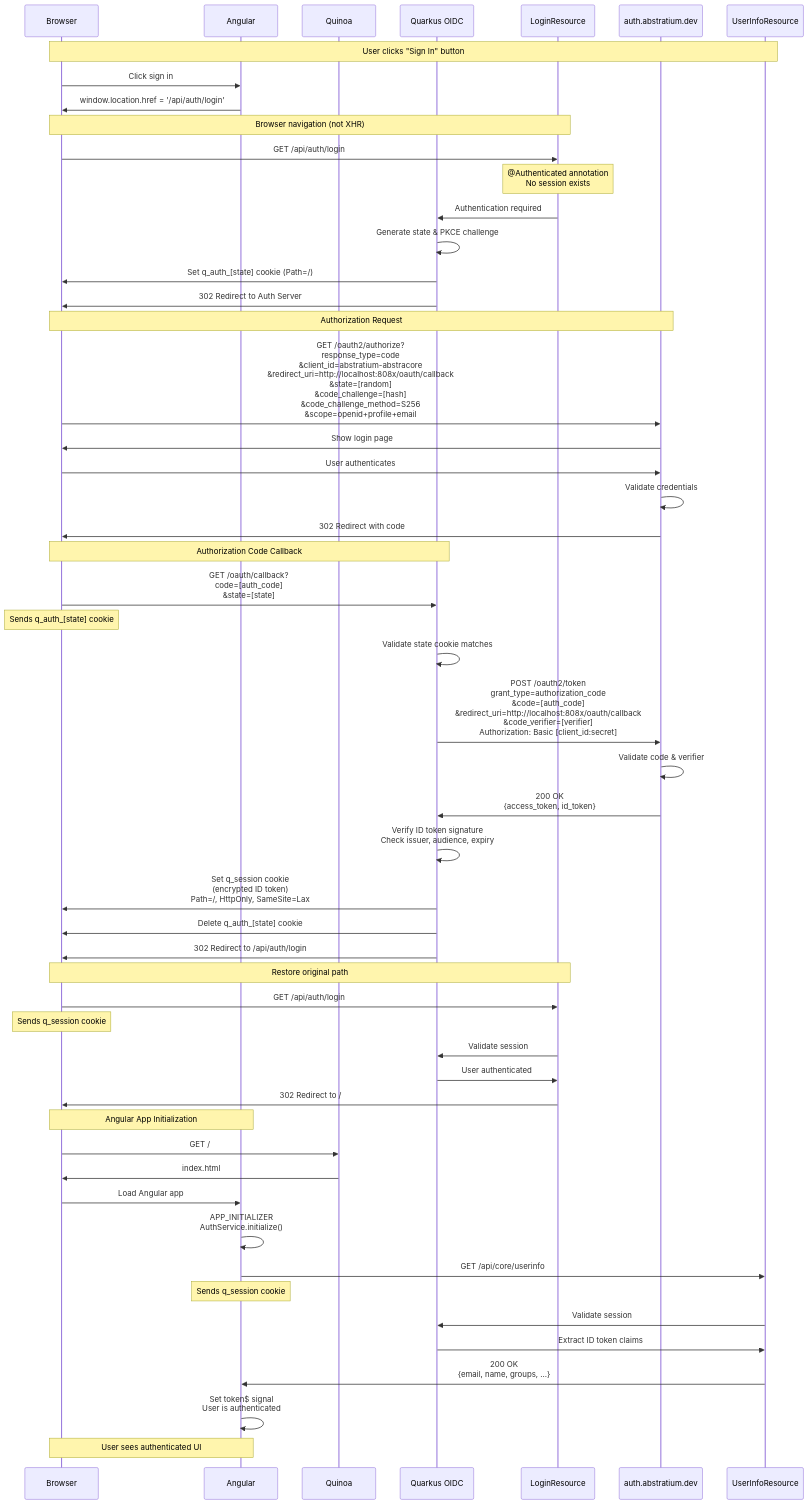
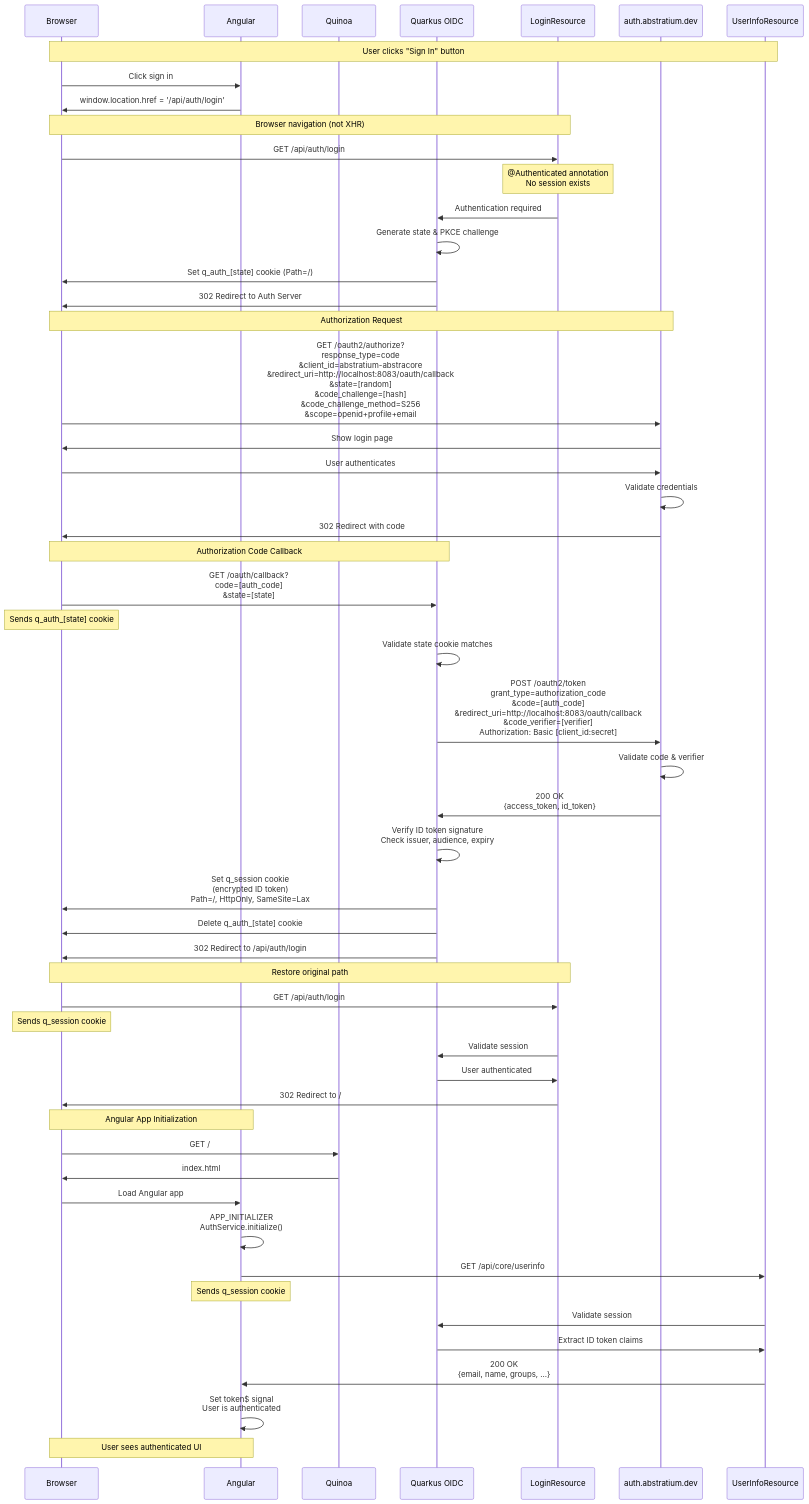
Before and after one commit to abstratium-dev/abstraccount: the second of 6 diagrams in docs/AUTHENTICATION_FLOW.md, drawn with Mermaid. The commit also changed other lines of this file and 33 other files, not shown here.

````diff
--- a/docs/AUTHENTICATION_FLOW.md
+++ b/docs/AUTHENTICATION_FLOW.md
@@ -86,68 +86,68 @@
 ```mermaid
 sequenceDiagram
     participant Browser
     participant Angular
     participant Quinoa
     participant OIDC as Quarkus OIDC
     participant Login as LoginResource
     participant Auth as auth.abstratium.dev
     participant UserInfo as UserInfoResource
 
     Note over Browser,UserInfo: User clicks "Sign In" button
     
     Browser->>Angular: Click sign in
     Angular->>Browser: window.location.href = '/api/auth/login'
     
     Note over Browser,Login: Browser navigation (not XHR)
     Browser->>Login: GET /api/auth/login
     Note over Login: @Authenticated annotation<br/>No session exists
     
     Login->>OIDC: Authentication required
     OIDC->>OIDC: Generate state & PKCE challenge
     OIDC->>Browser: Set q_auth_[state] cookie (Path=/)
     OIDC->>Browser: 302 Redirect to Auth Server
     
     Note over Browser,Auth: Authorization Request
-    Browser->>Auth: GET /oauth2/authorize?<br/>response_type=code<br/>&client_id=abstratium-abstracore<br/>&redirect_uri=http://localhost:808x/oauth/callback<br/>&state=[random]<br/>&code_challenge=[hash]<br/>&code_challenge_method=S256<br/>&scope=openid+profile+email
+    Browser->>Auth: GET /oauth2/authorize?<br/>response_type=code<br/>&client_id=abstratium-abstracore<br/>&redirect_uri=http://localhost:8083/oauth/callback<br/>&state=[random]<br/>&code_challenge=[hash]<br/>&code_challenge_method=S256<br/>&scope=openid+profile+email
     
     Auth->>Browser: Show login page
     Browser->>Auth: User authenticates
     Auth->>Auth: Validate credentials
     Auth->>Browser: 302 Redirect with code
     
     Note over Browser,OIDC: Authorization Code Callback
     Browser->>OIDC: GET /oauth/callback?<br/>code=[auth_code]<br/>&state=[state]
     Note over Browser: Sends q_auth_[state] cookie
     
     OIDC->>OIDC: Validate state cookie matches
-    OIDC->>Auth: POST /oauth2/token<br/>grant_type=authorization_code<br/>&code=[auth_code]<br/>&redirect_uri=http://localhost:808x/oauth/callback<br/>&code_verifier=[verifier]<br/>Authorization: Basic [client_id:secret]
+    OIDC->>Auth: POST /oauth2/token<br/>grant_type=authorization_code<br/>&code=[auth_code]<br/>&redirect_uri=http://localhost:8083/oauth/callback<br/>&code_verifier=[verifier]<br/>Authorization: Basic [client_id:secret]
     
     Auth->>Auth: Validate code & verifier
     Auth->>OIDC: 200 OK<br/>{access_token, id_token}
     
     OIDC->>OIDC: Verify ID token signature<br/>Check issuer, audience, expiry
     OIDC->>Browser: Set q_session cookie<br/>(encrypted ID token)<br/>Path=/, HttpOnly, SameSite=Lax
     OIDC->>Browser: Delete q_auth_[state] cookie
     OIDC->>Browser: 302 Redirect to /api/auth/login
     
     Note over Browser,Login: Restore original path
     Browser->>Login: GET /api/auth/login
     Note over Browser: Sends q_session cookie
     Login->>OIDC: Validate session
     OIDC->>Login: User authenticated
     Login->>Browser: 302 Redirect to /
     
     Note over Browser,Angular: Angular App Initialization
     Browser->>Quinoa: GET /
     Quinoa->>Browser: index.html
     Browser->>Angular: Load Angular app
     Angular->>Angular: APP_INITIALIZER<br/>AuthService.initialize()
     Angular->>UserInfo: GET /api/core/userinfo
     Note over Angular: Sends q_session cookie
     UserInfo->>OIDC: Validate session
     OIDC->>UserInfo: Extract ID token claims
     UserInfo->>Angular: 200 OK<br/>{email, name, groups, ...}
     Angular->>Angular: Set token$ signal<br/>User is authenticated
     
     Note over Browser,Angular: User sees authenticated UI
 ```
````
